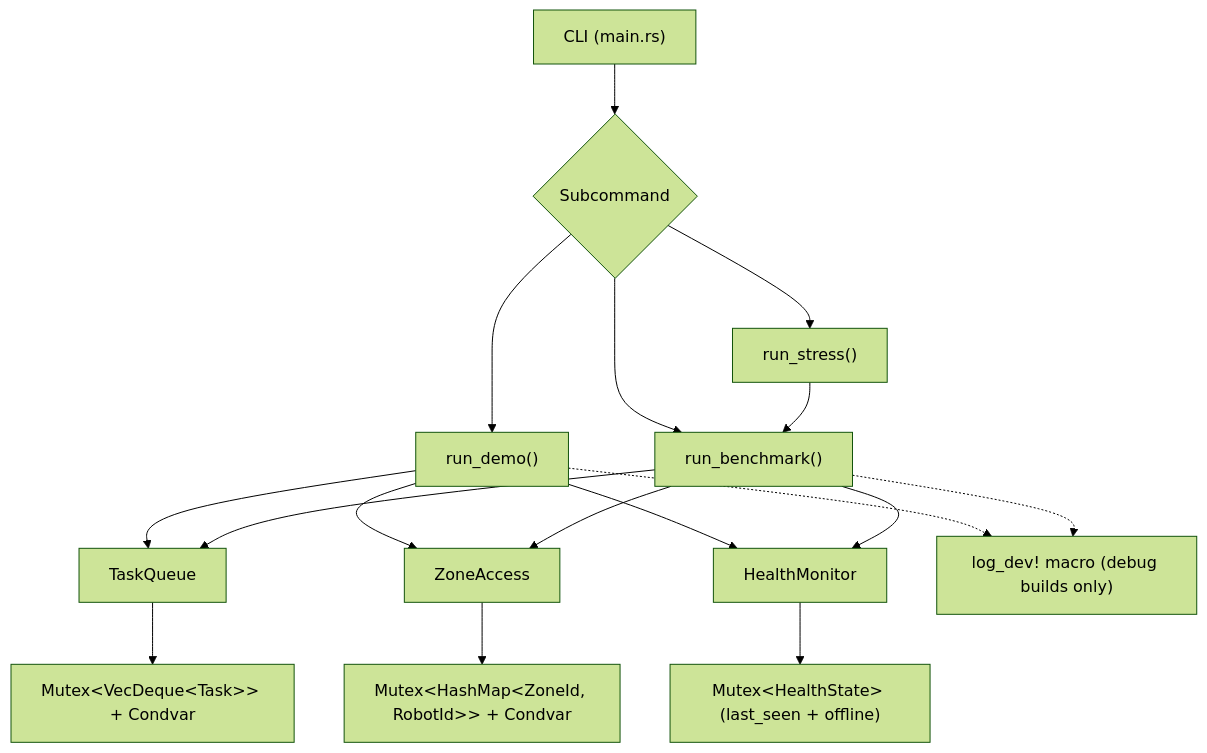
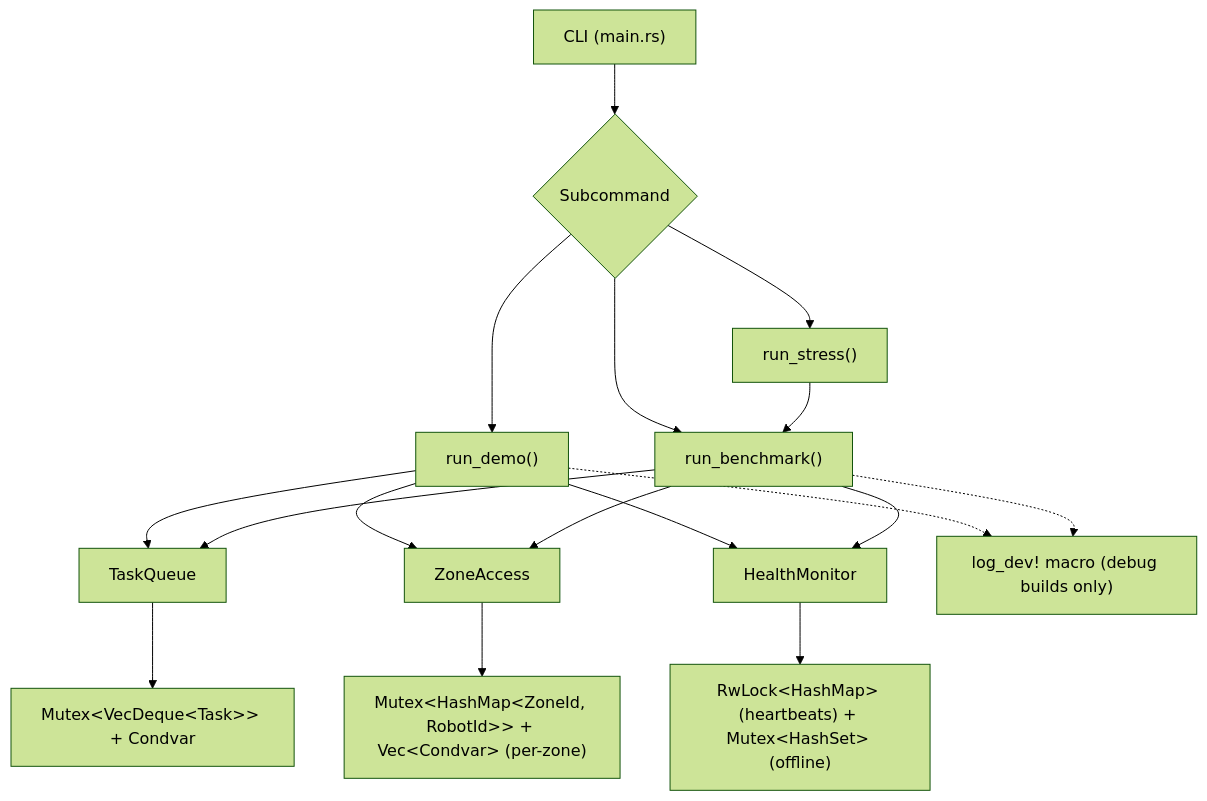
Before and after one commit to HaochenFa/Medical-Care-Robot-Coordination-System-Core: the first of 6 diagrams in DIAGRAMS.md, drawn with Mermaid (forest theme). The commit also changed other lines of this file and 4 other files, not shown here.

First line of the commit message:
perf: split locks, per-zone condvars, mpsc dedup; update docs and bench data

````diff
--- a/DIAGRAMS.md
+++ b/DIAGRAMS.md
@@ -13,25 +13,25 @@
 ```mermaid
 flowchart TD
     CLI["CLI (main.rs)"] --> MODE{"Subcommand"}
     MODE --> DEMO["run_demo()"]
     MODE --> BENCH["run_benchmark()"]
     MODE --> STRESS["run_stress()"]
 
     DEMO --> TQ["TaskQueue"]
     DEMO --> ZA["ZoneAccess"]
     DEMO --> HM["HealthMonitor"]
 
     BENCH --> TQ
     BENCH --> ZA
     BENCH --> HM
 
     STRESS --> BENCH
 
     TQ --> TQSYNC["Mutex&lt;VecDeque&lt;Task&gt;&gt; + Condvar"]
-    ZA --> ZASYNC["Mutex&lt;HashMap&lt;ZoneId, RobotId&gt;&gt; + Condvar"]
-    HM --> HMSYNC["Mutex&lt;HealthState&gt; (last_seen + offline)"]
+    ZA --> ZASYNC["Mutex&lt;HashMap&lt;ZoneId, RobotId&gt;&gt; + Vec&lt;Condvar&gt; (per-zone)"]
+    HM --> HMSYNC["RwLock&lt;HashMap&gt; (heartbeats) + Mutex&lt;HashSet&gt; (offline)"]
 
     LOG["log_dev! macro (debug builds only)"]
     DEMO -.-> LOG
     BENCH -.-> LOG
 ```
````
